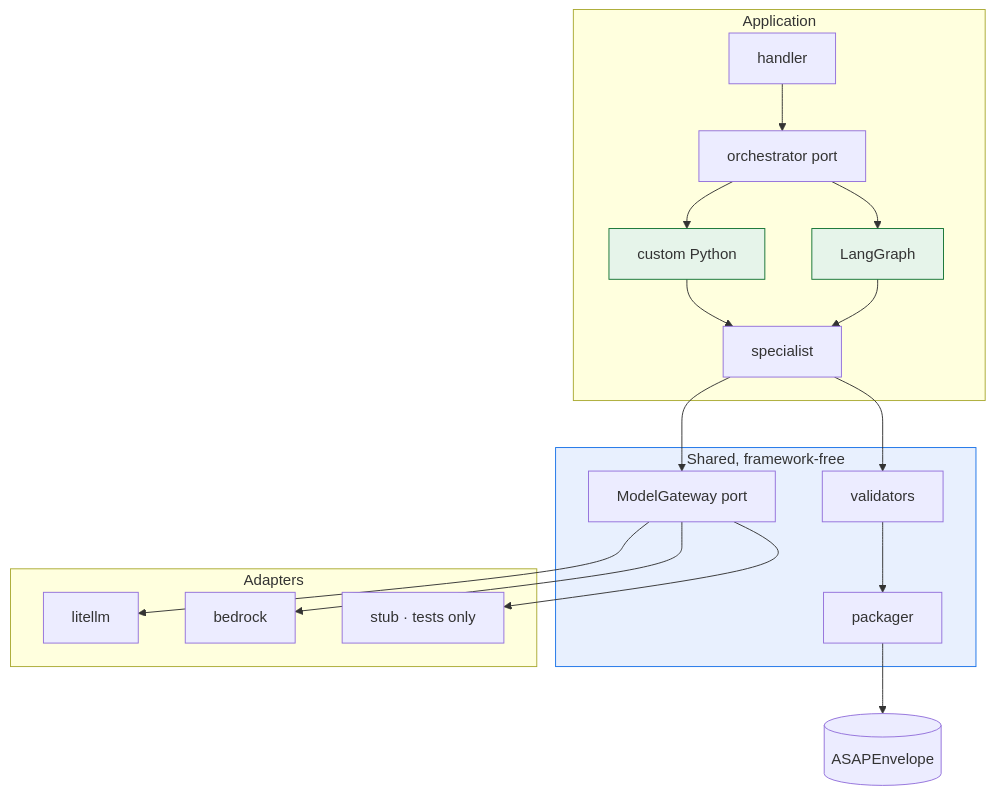
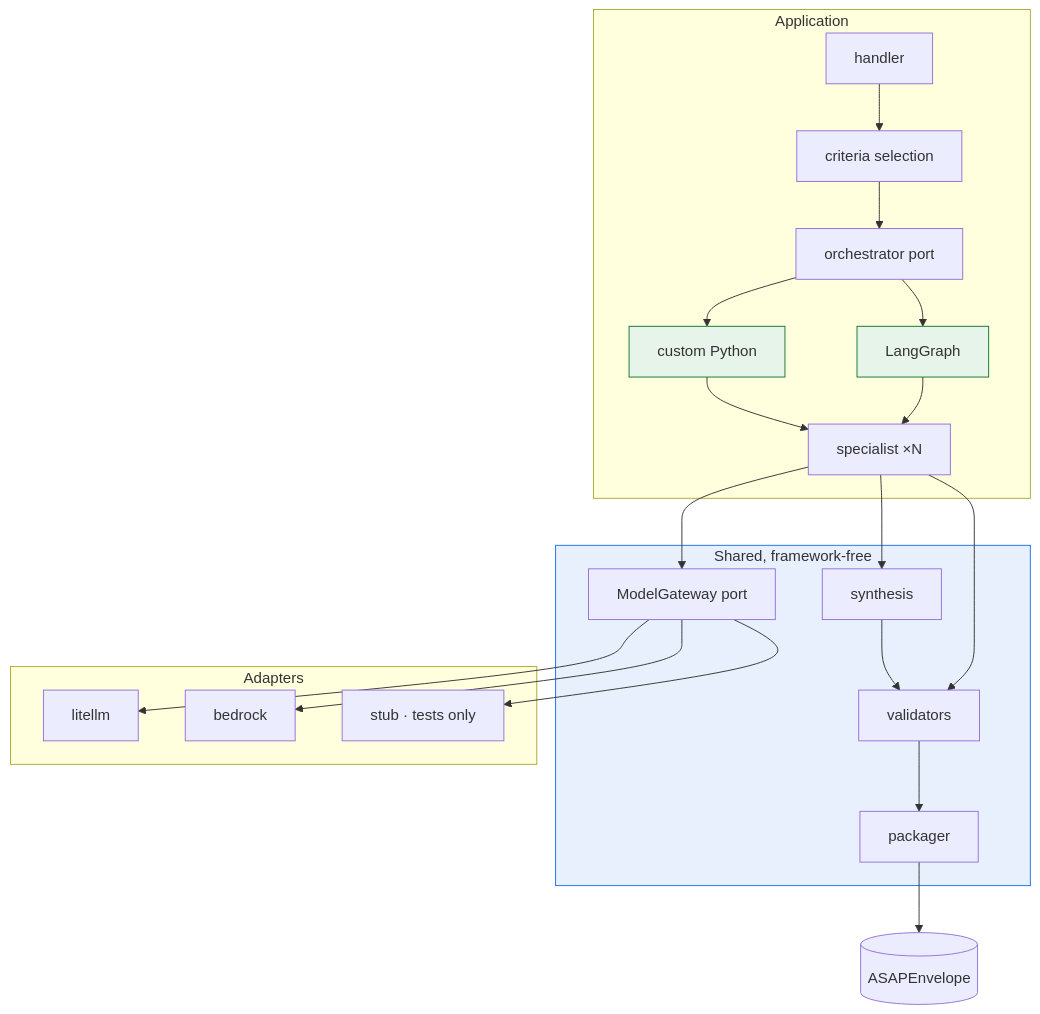
Before and after one commit to Amivero-LLC/asap-ireports-poc: the third of 3 diagrams in docs/ARCHITECTURE.md, drawn with Mermaid. The commit also changed other lines of this file and 7 other files, not shown here.

````diff
--- a/docs/ARCHITECTURE.md
+++ b/docs/ARCHITECTURE.md
@@ -119,28 +119,31 @@
 ```mermaid
 flowchart TB
     subgraph app["Application"]
-        H[handler] --> O[orchestrator port]
+        H[handler] --> C[criteria selection]
+        C --> O[orchestrator port]
         O --> HR[custom Python]
         O --> LG[LangGraph]
-        HR --> S[specialist]
+        HR --> S[specialist ×N]
         LG --> S
     end
 
     subgraph shared["Shared, framework-free"]
         S --> G[ModelGateway port]
+        S --> Y[synthesis]
+        Y --> V[validators]
         S --> V[validators]
         V --> P[packager]
     end
 
     subgraph adapters["Adapters"]
         G --> L1[litellm]
         G --> L2[bedrock]
         G --> L3[stub · tests only]
     end
 
     P --> E[(ASAPEnvelope)]
 
     style shared fill:#e8f0fe,stroke:#1a73e8
     style HR fill:#e6f4ea,stroke:#137333
     style LG fill:#e6f4ea,stroke:#137333
 ```
````
